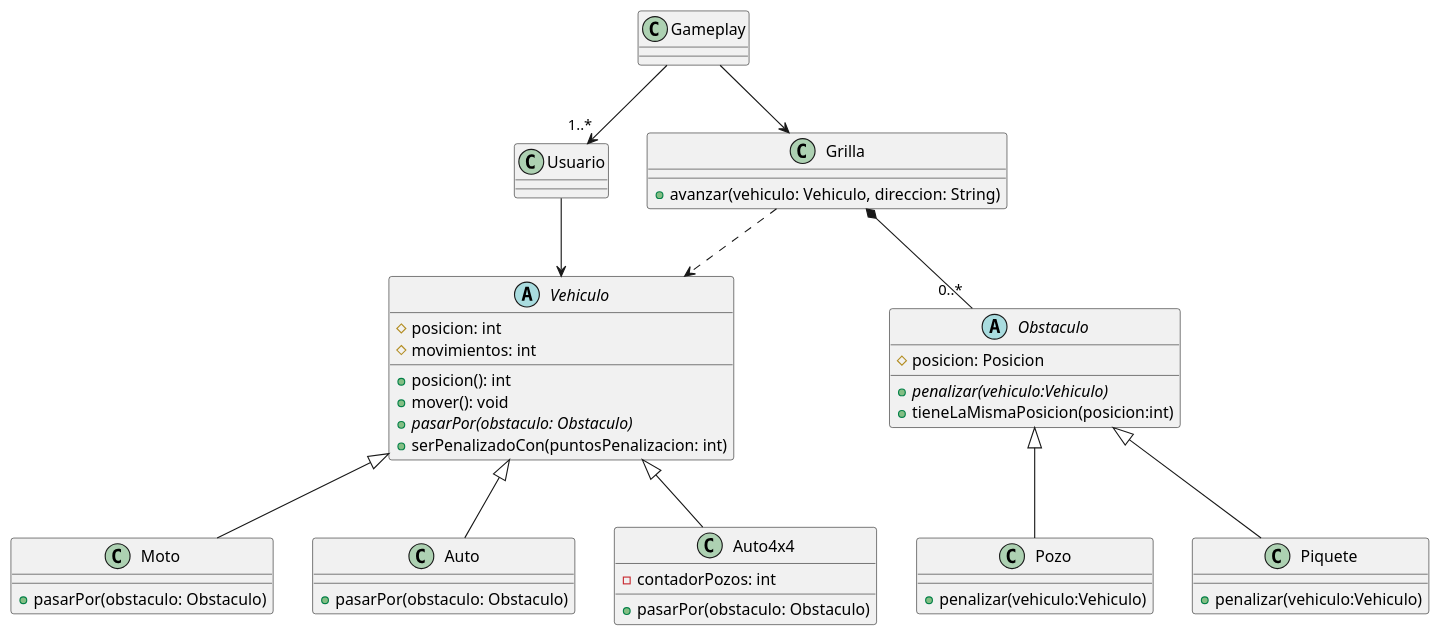
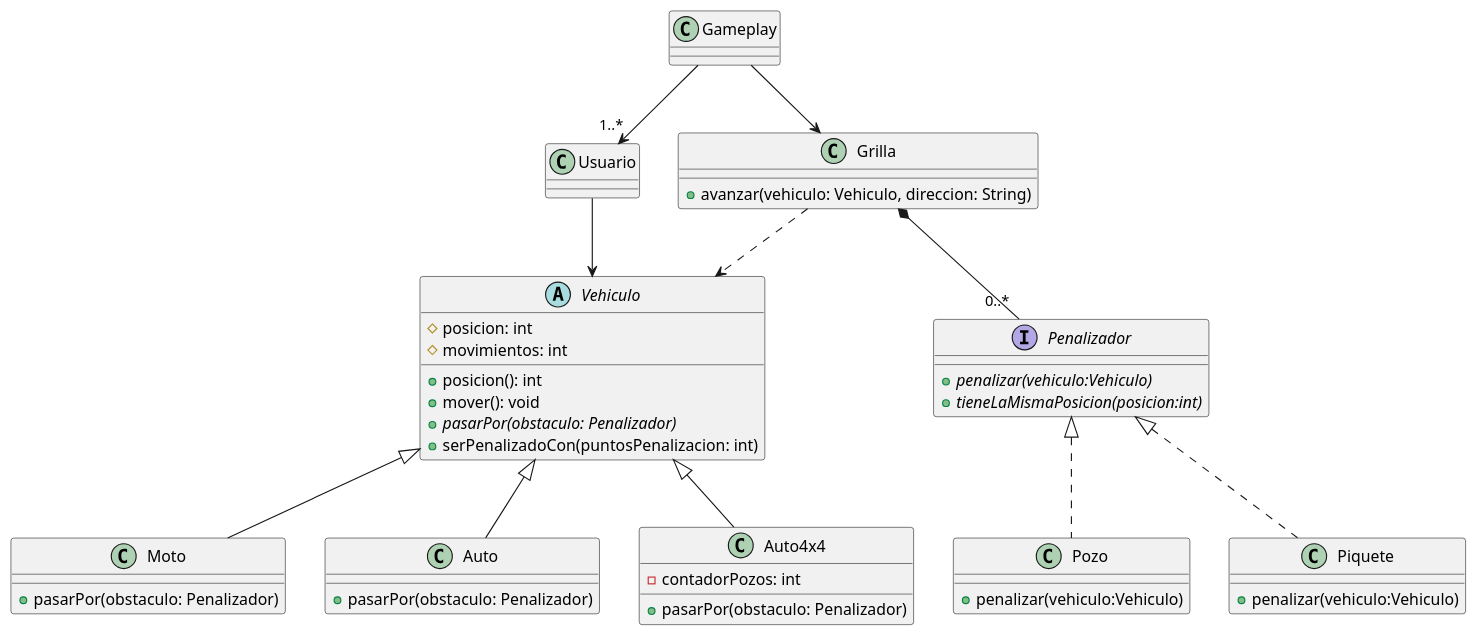
Before and after one commit to Dolo-pavon01/gpsChallenge: the diagram in diagrams/classes/entrega 1/dc.plantuml, drawn with PlantUML.

Commit message:
chore: se agrego modelo tentativo

```diff
--- a/diagrams/classes/entrega 1/dc.plantuml
+++ b/diagrams/classes/entrega 1/dc.plantuml
@@ -1,60 +1,59 @@
 @startuml
 
 class Gameplay {}
 
 class Grilla {
     + avanzar(vehiculo: Vehiculo, direccion: String)
 }
 
 class Usuario {}
 
 abstract class Vehiculo {
     # posicion: int
     # movimientos: int
     + posicion(): int
     + mover(): void
-    + {abstract} pasarPor(obstaculo: Obstaculo)
+    + {abstract} pasarPor(obstaculo: Penalizador)
     + serPenalizadoCon(puntosPenalizacion: int)
 }
 
 class Moto {
-    + pasarPor(obstaculo: Obstaculo)
+    + pasarPor(obstaculo: Penalizador)
 }
 
 class Auto {
-    + pasarPor(obstaculo: Obstaculo)
+    + pasarPor(obstaculo: Penalizador)
 }
 
 class Auto4x4 {
     - contadorPozos: int
-    + pasarPor(obstaculo: Obstaculo)
+    + pasarPor(obstaculo: Penalizador)
 }
 
-abstract class Obstaculo {
-    # posicion: Posicion
+interface Penalizador {
     + {abstract} penalizar(vehiculo:Vehiculo)
-    + tieneLaMismaPosicion(posicion:int)
+    + {abstract} tieneLaMismaPosicion(posicion:int)
 }
 
 class Pozo {
     + penalizar(vehiculo:Vehiculo)
 }
 
 class Piquete {
     + penalizar(vehiculo:Vehiculo)
 }
 
 Gameplay --> Grilla
 Usuario --> Vehiculo
 
 Gameplay --> "1..*" Usuario
 Grilla ..> Vehiculo
-Grilla *-- "0..*" Obstaculo
+Grilla *-- "0..*" Penalizador
 Vehiculo <|-- Moto
 Vehiculo <|-- Auto
 Vehiculo <|-- Auto4x4
 
-Obstaculo <|-- Pozo
-Obstaculo <|-- Piquete
+Penalizador <|.. Pozo
+Penalizador <|.. Piquete
 
 @enduml
```
